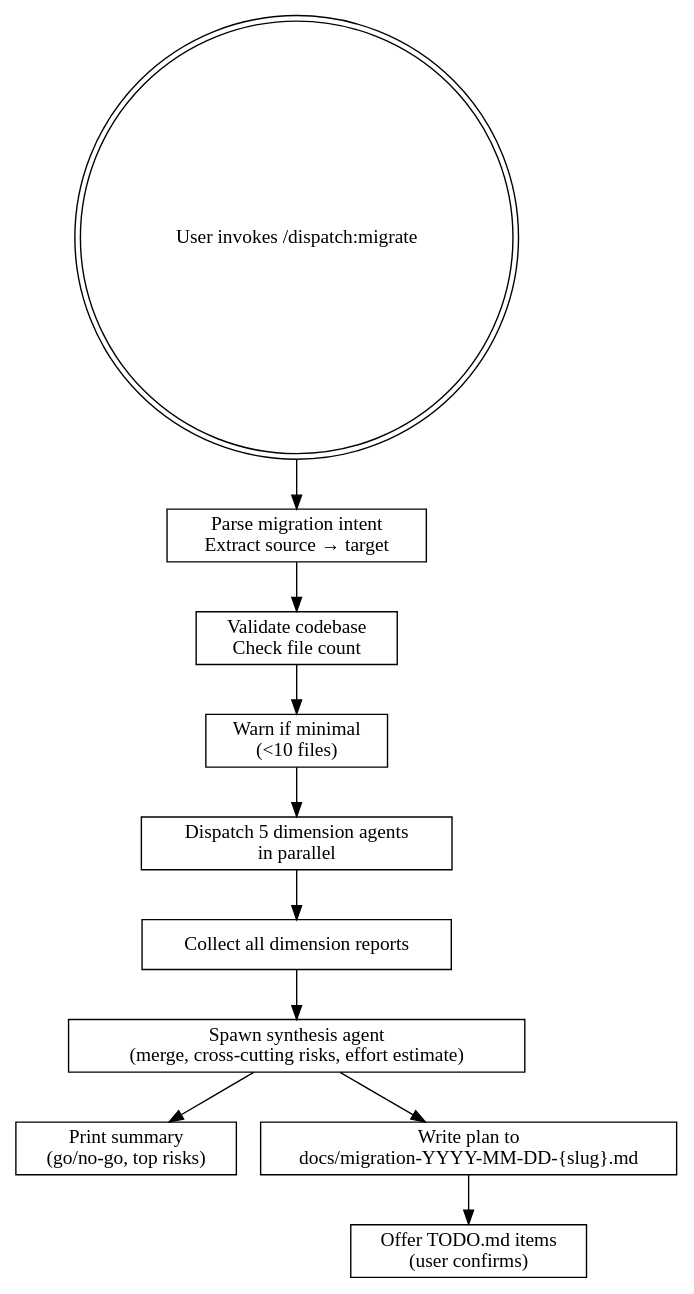
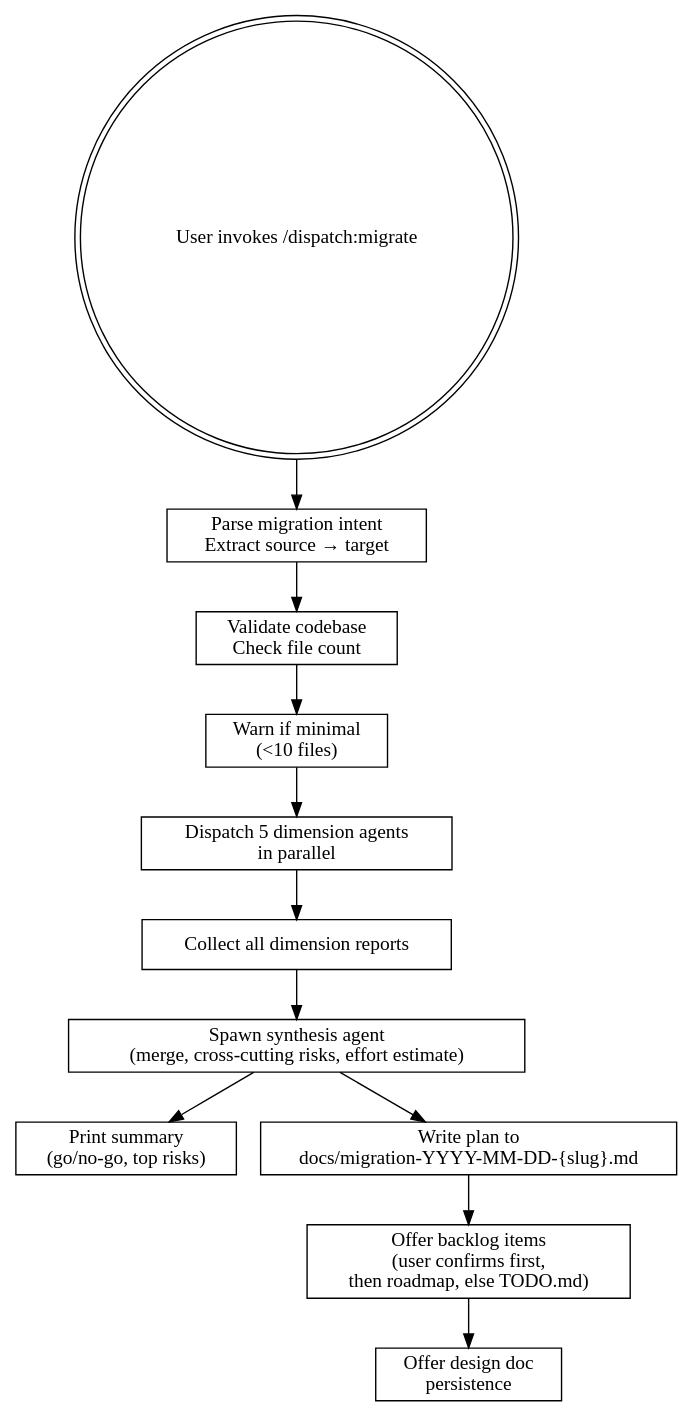
The diagram in skills/migrate/SKILL.md (KwanwooLee36/dispatch), drawn with Graphviz before and after one commit. The commit also changed other lines of this file and 9 other files, not shown here.

````diff
--- a/skills/migrate/SKILL.md
+++ b/skills/migrate/SKILL.md
@@ -44,27 +53,29 @@
 ```dot
 digraph migrate_flow {
     rankdir=TB;
     node [shape=box];
 
     start [label="User invokes /dispatch:migrate" shape=doublecircle];
     parse [label="Parse migration intent\nExtract source → target"];
     validate [label="Validate codebase\nCheck file count"];
     warn [label="Warn if minimal\n(<10 files)"];
     dispatch [label="Dispatch 5 dimension agents\nin parallel"];
     collect [label="Collect all dimension reports"];
     synthesis [label="Spawn synthesis agent\n(merge, cross-cutting risks, effort estimate)"];
     console [label="Print summary\n(go/no-go, top risks)"];
     file [label="Write plan to\ndocs/migration-YYYY-MM-DD-{slug}.md"];
-    todo [label="Offer TODO.md items\n(user confirms)"];
+    todo [label="Offer backlog items\n(user confirms first,\nthen roadmap, else TODO.md)"];
+    offer [label="Offer design doc\npersistence"];
 
     start -> parse;
     parse -> validate;
     validate -> warn;
     warn -> dispatch;
     dispatch -> collect;
     collect -> synthesis;
     synthesis -> console;
     synthesis -> file;
     file -> todo;
+    todo -> offer;
 }
 ```
````
